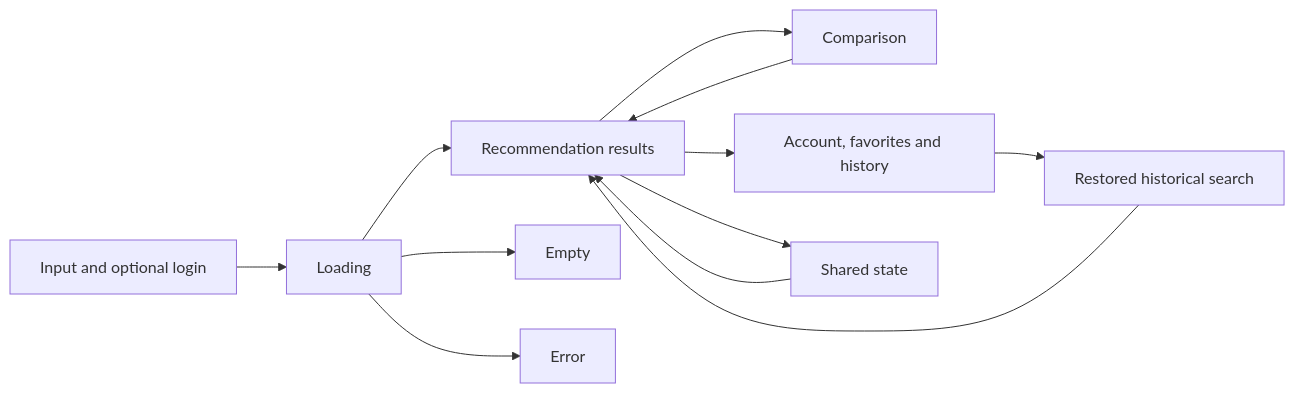
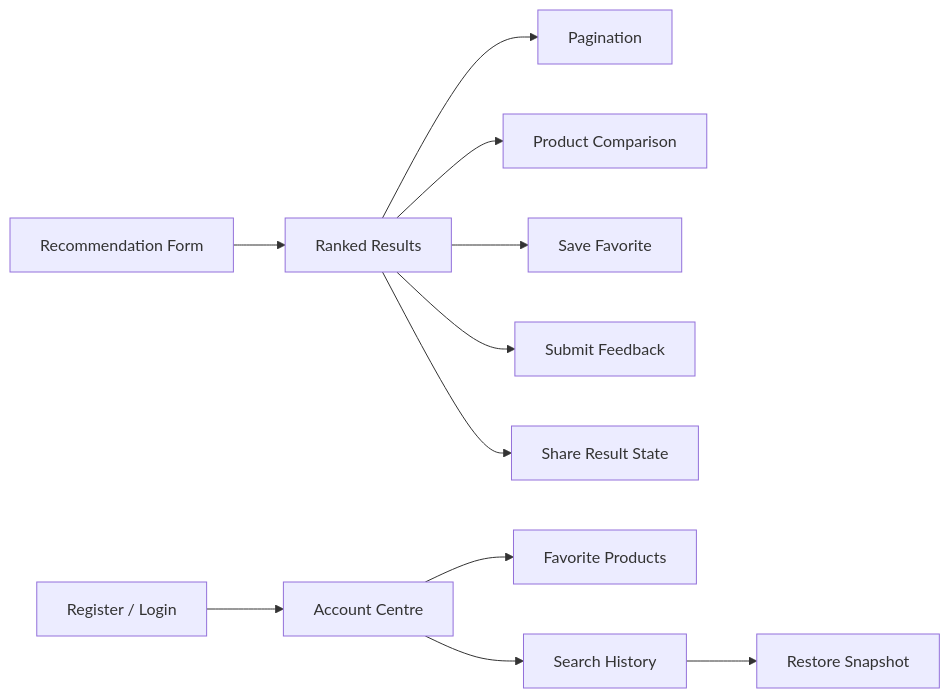
Before and after one commit to Chu-Junjie/CP3407-PROJECT: the sixth of 7 diagrams in docs/v3-design-and-architecture.md, drawn with Mermaid. The commit also changed other lines of this file, not shown here.

Commit message:
docs: prepare submission-ready V3 architecture record

````diff
--- a/docs/v3-design-and-architecture.md
+++ b/docs/v3-design-and-architecture.md
@@ -368,24 +237,13 @@
 ```mermaid
 flowchart LR
-    Input[Input and optional login]
-    Loading[Loading]
-    Results[Recommendation results]
-    Empty[Empty]
-    Error[Error]
-    Compare[Comparison]
-    Account[Account, favorites and history]
-    Restore[Restored historical search]
-    Share[Shared state]
-
-    Input --> Loading
-    Loading --> Results
-    Loading --> Empty
-    Loading --> Error
-    Results --> Compare
-    Results --> Account
-    Account --> Restore
-    Restore --> Results
-    Results --> Share
-    Share --> Results
-    Compare --> Results
+    HOME[Recommendation Form] --> RESULTS[Ranked Results]
+    RESULTS --> PAGE[Pagination]
+    RESULTS --> COMPARE[Product Comparison]
+    RESULTS --> FAVORITE[Save Favorite]
+    RESULTS --> FEEDBACK[Submit Feedback]
+    RESULTS --> SHARE[Share Result State]
+    LOGIN[Register / Login] --> ACCOUNT[Account Centre]
+    ACCOUNT --> FAVORITES[Favorite Products]
+    ACCOUNT --> HISTORY[Search History]
+    HISTORY --> RESTORE[Restore Snapshot]
 ```
````
